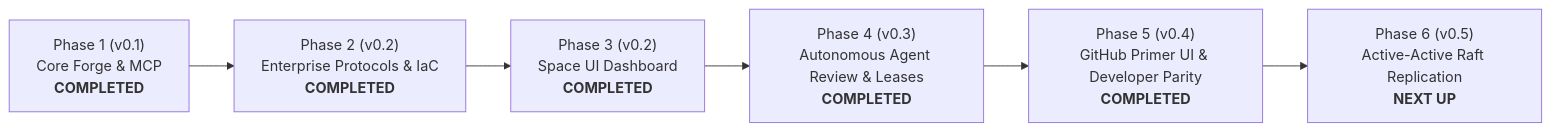
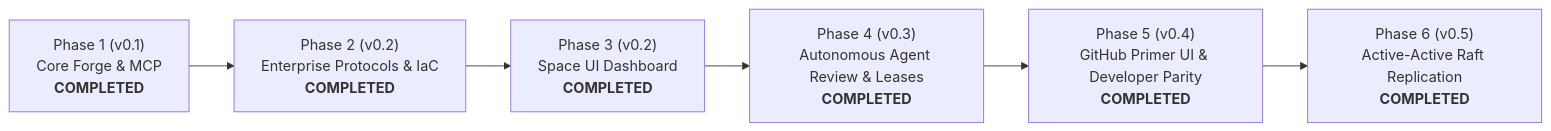
The diagram in ROADMAP.md (RavaniRoshan/exist.io), drawn with Mermaid before and after one commit. The commit also changed other lines of this file and 12 other files, not shown here.

Commit message:
feat(cluster): complete Phase 6 Raft consensus, Git object sharding, and 50-agent scale benchmarks

````diff
--- a/ROADMAP.md
+++ b/ROADMAP.md
@@ -21,15 +21,15 @@
 ```mermaid
 flowchart LR
     P1["Phase 1 (v0.1)<br/>Core Forge & MCP<br/><b>COMPLETED</b>"]
     P2["Phase 2 (v0.2)<br/>Enterprise Protocols & IaC<br/><b>COMPLETED</b>"]
     P3["Phase 3 (v0.2)<br/>Space UI Dashboard<br/><b>COMPLETED</b>"]
     P4["Phase 4 (v0.3)<br/>Autonomous Agent Review & Leases<br/><b>COMPLETED</b>"]
     P5["Phase 5 (v0.4)<br/>GitHub Primer UI & Developer Parity<br/><b>COMPLETED</b>"]
-    P6["Phase 6 (v0.5)<br/>Active-Active Raft Replication<br/><b>NEXT UP</b>"]
+    P6["Phase 6 (v0.5)<br/>Active-Active Raft Replication<br/><b>COMPLETED</b>"]
 
     P1 --> P2
     P2 --> P3
     P3 --> P4
     P4 --> P5
     P5 --> P6
 ```
````
